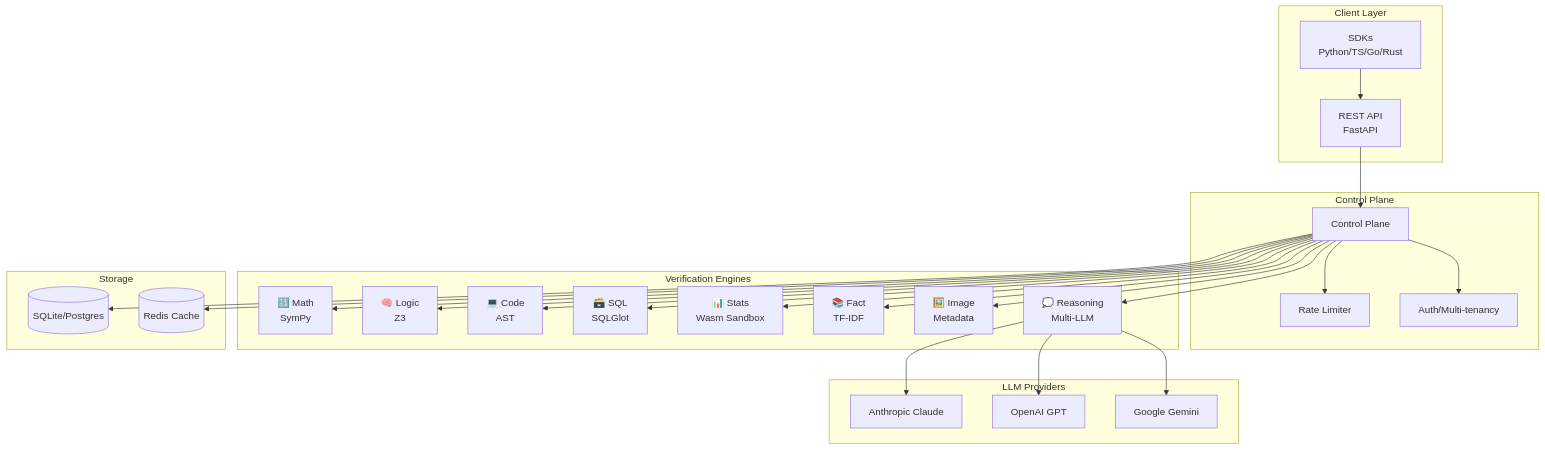
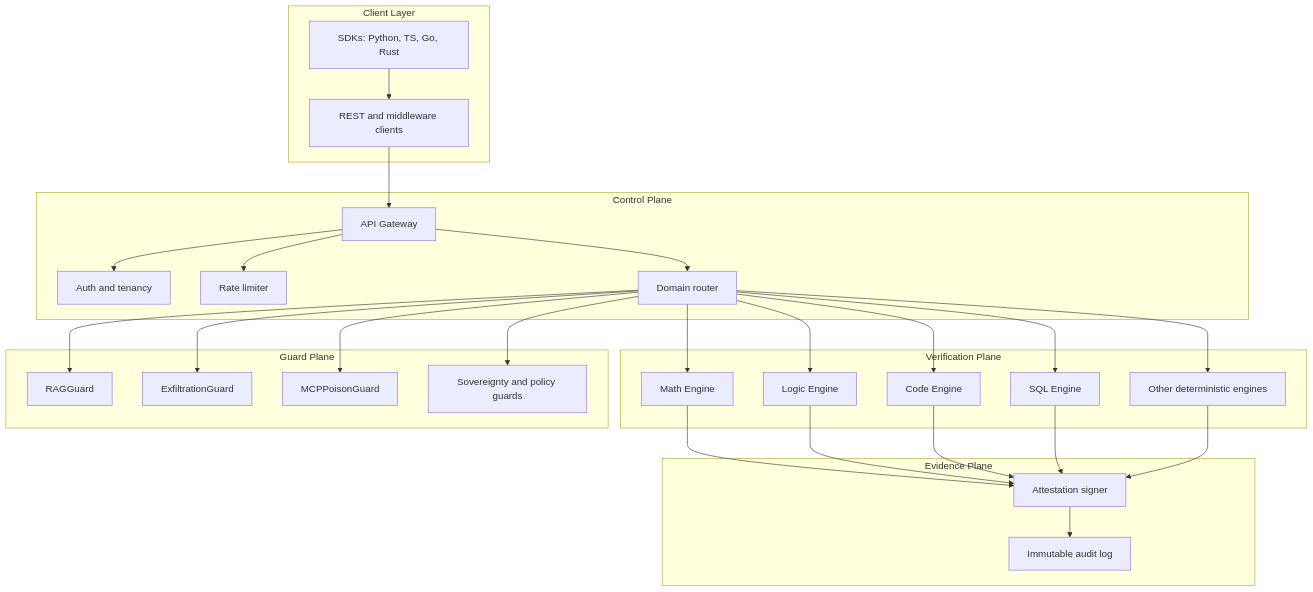
The first of 4 diagrams in advanced/architecture-diagrams.mdx (QWED-AI/docs), drawn with Mermaid before and after one commit. The commit also changed other lines of this file and 4 other files, not shown here.

Commit message:
Refactor docs IA and architecture content for clarity

````diff
--- a/advanced/architecture-diagrams.mdx
+++ b/advanced/architecture-diagrams.mdx
@@ -13,55 +20,55 @@
 ```mermaid
 graph TB
     subgraph "Client Layer"
-        SDK[SDKs<br/>Python/TS/Go/Rust]
-        API[REST API<br/>FastAPI]
+        SDK[SDKs: Python, TS, Go, Rust]
+        APIClient[REST and middleware clients]
     end
-    
+
     subgraph "Control Plane"
-        CP[Control Plane]
-        RL[Rate Limiter]
-        AUTH[Auth/Multi-tenancy]
+        Gateway[API Gateway]
+        Auth[Auth and tenancy]
+        Limits[Rate limiter]
+        Router[Domain router]
     end
-    
-    subgraph "Verification Engines"
-        MATH[🔢 Math<br/>SymPy]
-        LOGIC[🧠 Logic<br/>Z3]
-        CODE[💻 Code<br/>AST]
-        SQL[🗃️ SQL<br/>SQLGlot]
-        STATS[📊 Stats<br/>Wasm Sandbox]
-        FACT[📚 Fact<br/>TF-IDF]
-        IMAGE[🖼️ Image<br/>Metadata]
-        REASON[💭 Reasoning<br/>Multi-LLM]
+
+    subgraph "Verification Plane"
+        Math[Math Engine]
+        Logic[Logic Engine]
+        Code[Code Engine]
+        SQL[SQL Engine]
+        Others[Other deterministic engines]
     end
-    
-    subgraph "LLM Providers"
-        CLAUDE[Anthropic Claude]
-        GPT[OpenAI GPT]
-        GEMINI[Google Gemini]
+
+    subgraph "Guard Plane"
+        RAG[RAGGuard]
+        Exfil[ExfiltrationGuard]
+        MCP[MCPPoisonGuard]
+        Policy[Sovereignty and policy guards]
     end
-    
-    subgraph "Storage"
-        DB[(SQLite/Postgres)]
-        REDIS[(Redis Cache)]
+
+    subgraph "Evidence Plane"
+        Attest[Attestation signer]
+        Audit[Immutable audit log]
     end
-    
-    SDK --> API
-    API --> CP
-    CP --> RL
-    CP --> AUTH
-    CP --> MATH
-    CP --> LOGIC
-    CP --> CODE
-    CP --> SQL
-    CP --> STATS
-    CP --> FACT
-    CP --> IMAGE
-    CP --> REASON
-    
-    REASON --> CLAUDE
-    REASON --> GPT
-    REASON --> GEMINI
-    
-    CP --> DB
-    CP --> REDIS
+
+    SDK --> APIClient
+    APIClient --> Gateway
+    Gateway --> Auth
+    Gateway --> Limits
+    Gateway --> Router
+    Router --> Math
+    Router --> Logic
+    Router --> Code
+    Router --> SQL
+    Router --> Others
+    Router --> RAG
+    Router --> Exfil
+    Router --> MCP
+    Router --> Policy
+    Math --> Attest
+    Logic --> Attest
+    Code --> Attest
+    SQL --> Attest
+    Others --> Attest
+    Attest --> Audit
 ```
````
